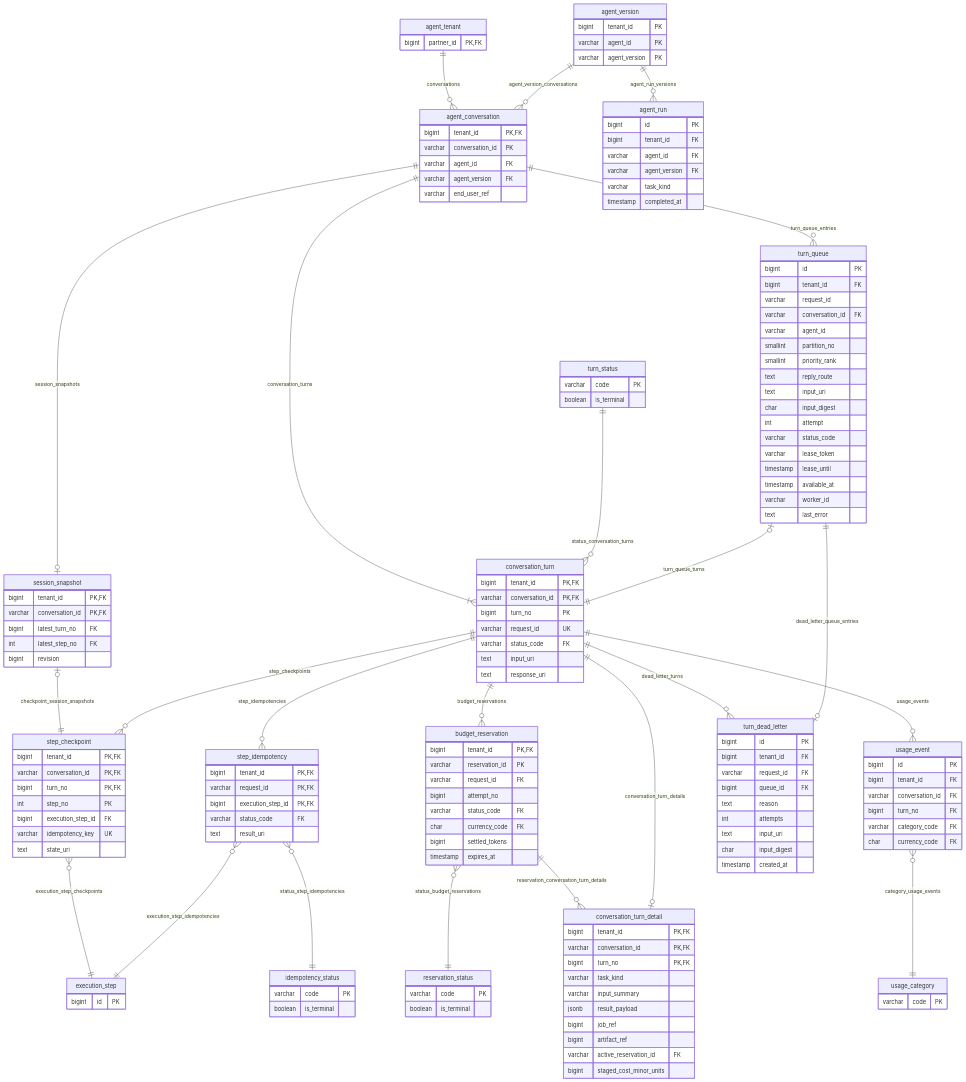
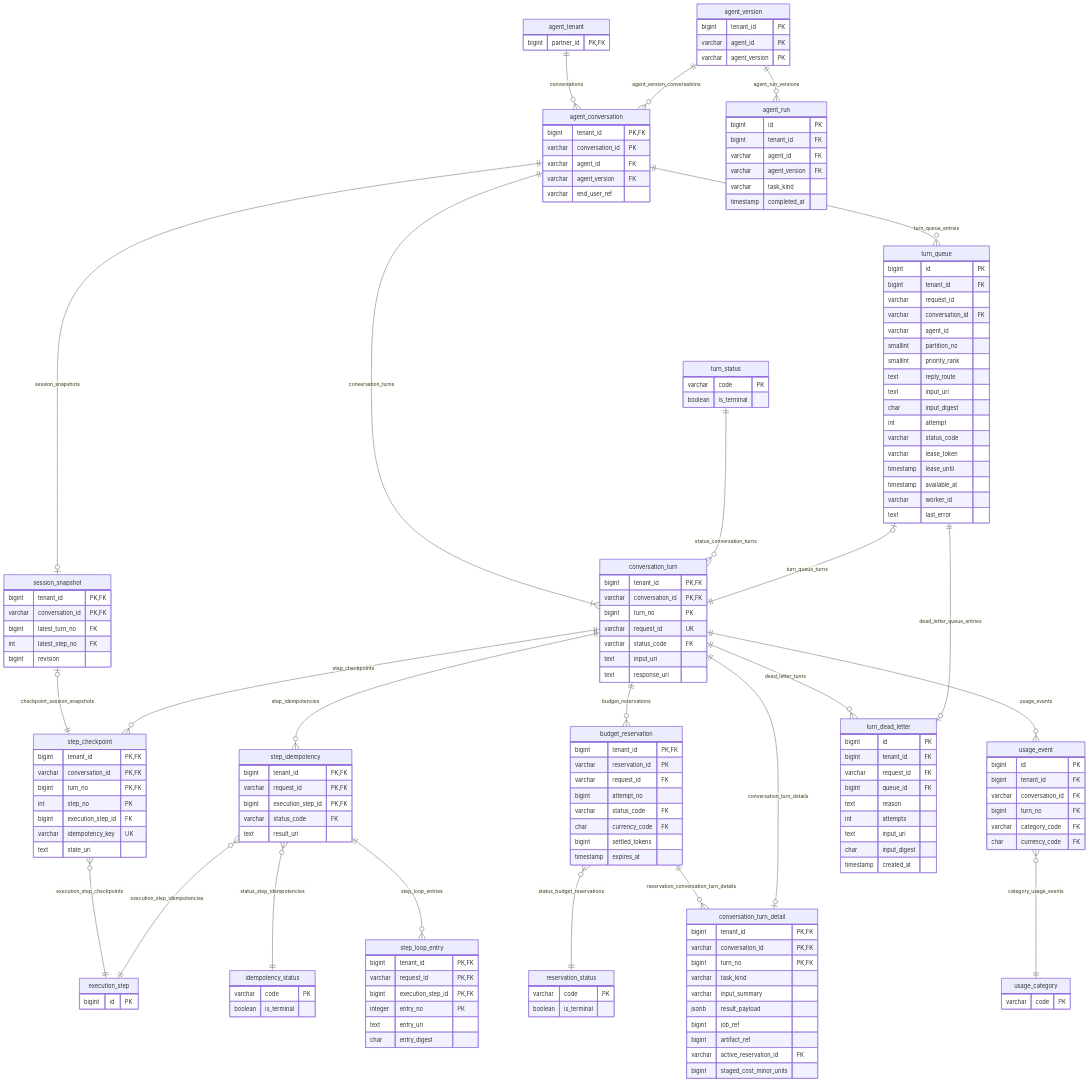
One commit to nauticana/scout changed diagram 13 of 16 in doc/database.md. Above: the diagram before and after it, drawn with Mermaid. The commit also changed other lines of this file and 69 other files, not shown here.

Commit message:
SQL tool registry, tool-capable and schema-constrained model contract, bounded model↔tool loop, typed turn events, evidence validation, model routes; keel v1.2.65

```diff
--- a/doc/database.md
+++ b/doc/database.md
@@ -1072,6 +1086,7 @@
     step_checkpoint }o--|| execution_step : execution_step_checkpoints
     step_idempotency }o--|| execution_step : execution_step_idempotencies
     step_idempotency }o--|| idempotency_status : status_step_idempotencies
+    step_idempotency ||--o{ step_loop_entry : step_loop_entries
     conversation_turn ||--o{ budget_reservation : budget_reservations
     budget_reservation }o--|| reservation_status : status_budget_reservations
     budget_reservation ||--o{ conversation_turn_detail : reservation_conversation_turn_details
@@ -1152,6 +1167,14 @@
         varchar status_code FK
         text result_uri
     }
+    step_loop_entry {
+        bigint tenant_id PK,FK
+        varchar request_id PK,FK
+        bigint execution_step_id PK,FK
+        integer entry_no PK
+        text entry_uri
+        char entry_digest
+    }
     idempotency_status {
         varchar code PK
         boolean is_terminal
```
